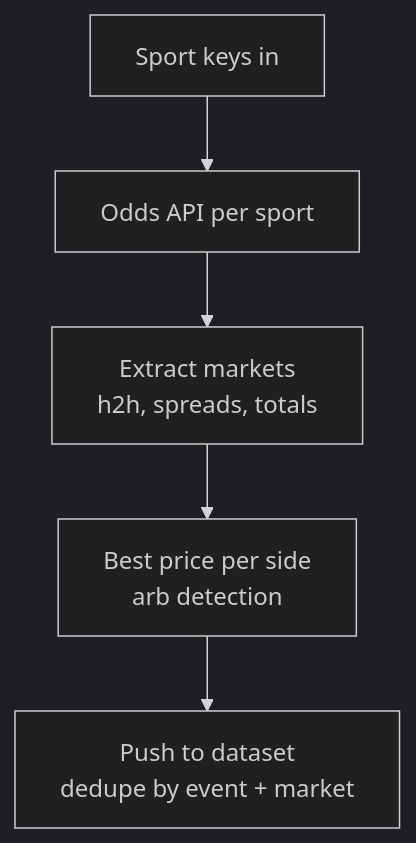
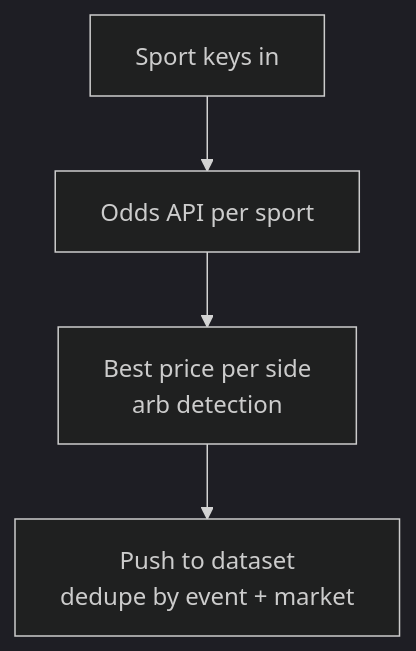
The second of 2 diagrams in actors/sports-odds-movement-tracker/README.md (Ken-Mutisya/scrapemint), drawn with Mermaid (dark theme) before and after one commit. The commit also changed other lines of this file, not shown here.

````diff
--- a/actors/sports-odds-movement-tracker/README.md
+++ b/actors/sports-odds-movement-tracker/README.md
@@ -38,7 +37,6 @@
 ```mermaid
 flowchart TD
     A[Sport keys in] --> B[Odds API per sport]
-    B --> C[Extract markets<br/>h2h, spreads, totals]
-    C --> D[Best price per side<br/>arb detection]
-    D --> E[Push to dataset<br/>dedupe by event + market]
+    B --> C[Best price per side<br/>arb detection]
+    C --> D[Push to dataset<br/>dedupe by event + market]
 ```
````
